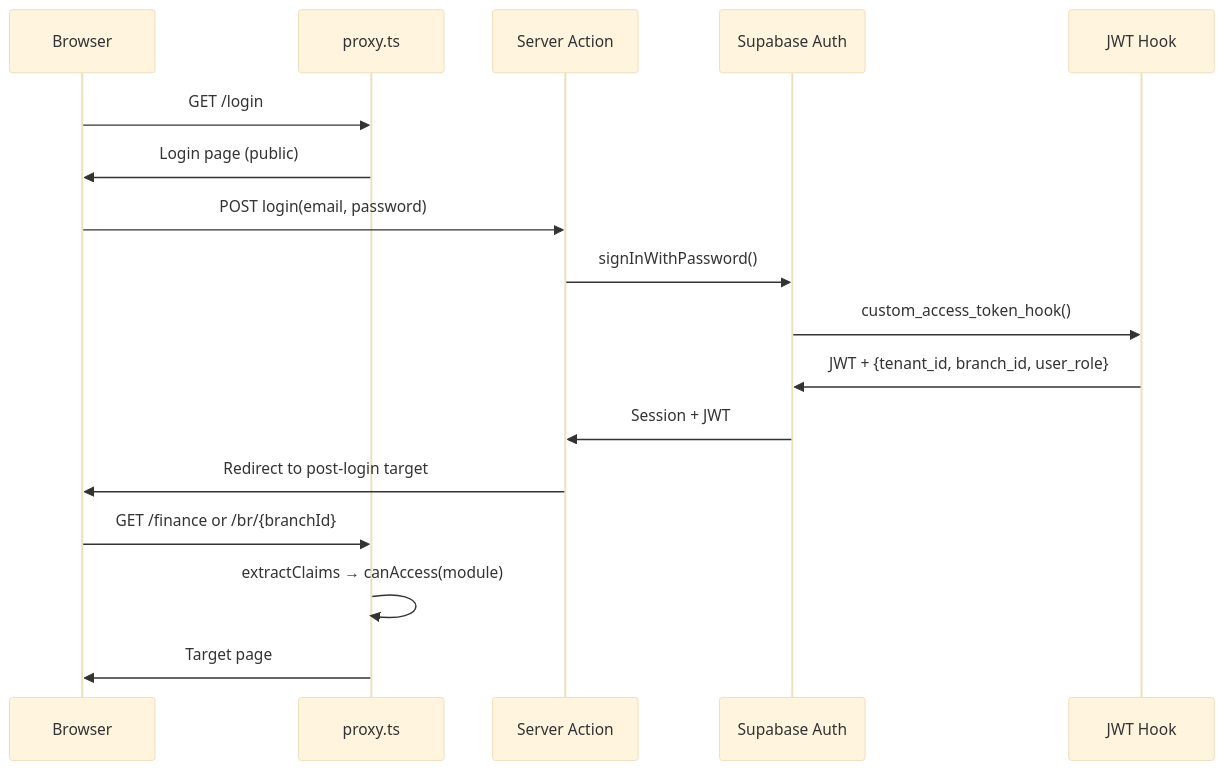
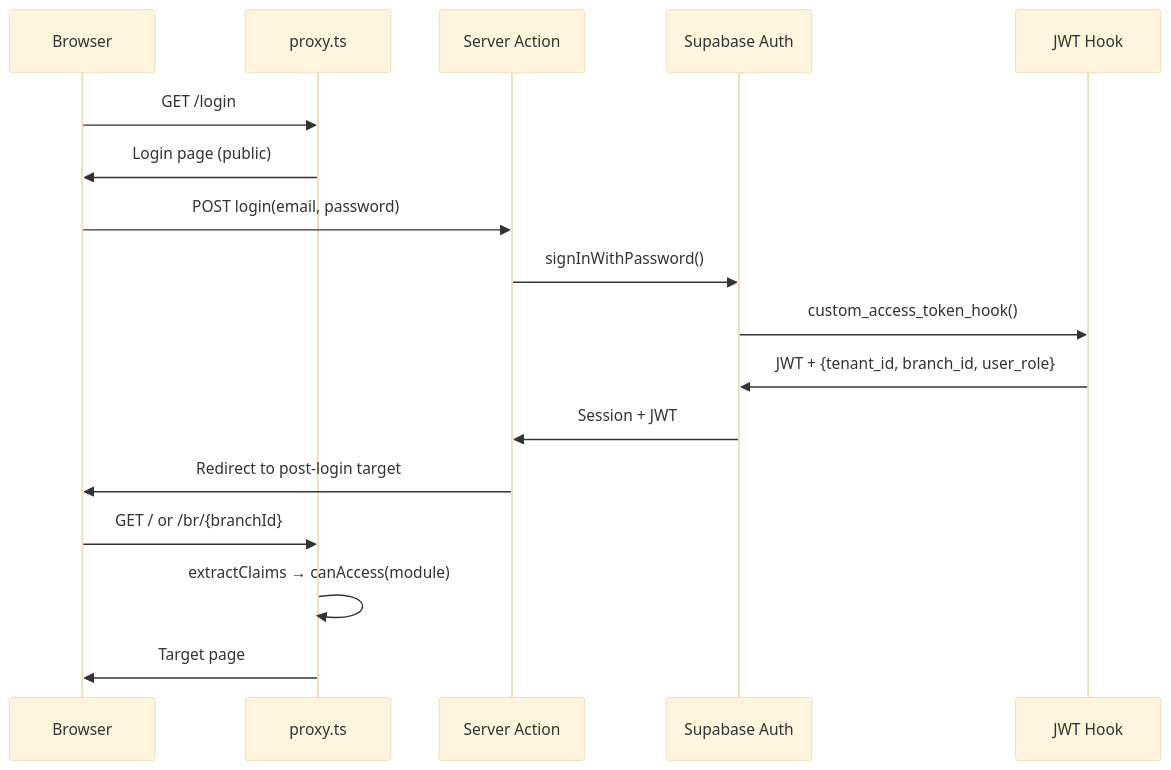
The sixth of 6 diagrams in docs/CODEBASE_MAP.md (comtammatu/comtammatu), drawn with Mermaid (base theme) before and after one commit. The commit also changed 65 other files, not shown here.

````diff
--- a/docs/CODEBASE_MAP.md
+++ b/docs/CODEBASE_MAP.md
@@ -197,20 +197,20 @@
 ```mermaid
 sequenceDiagram
     participant B as Browser
     participant P as proxy.ts
     participant A as Server Action
     participant S as Supabase Auth
     participant H as JWT Hook
 
     B->>P: GET /login
     P->>B: Login page (public)
     B->>A: POST login(email, password)
     A->>S: signInWithPassword()
     S->>H: custom_access_token_hook()
     H->>S: JWT + {tenant_id, branch_id, user_role}
     S->>A: Session + JWT
     A->>B: Redirect to post-login target
-    B->>P: GET /finance or /br/{branchId}
+    B->>P: GET / or /br/{branchId}
     P->>P: extractClaims → canAccess(module)
     P->>B: Target page
 ```
````
